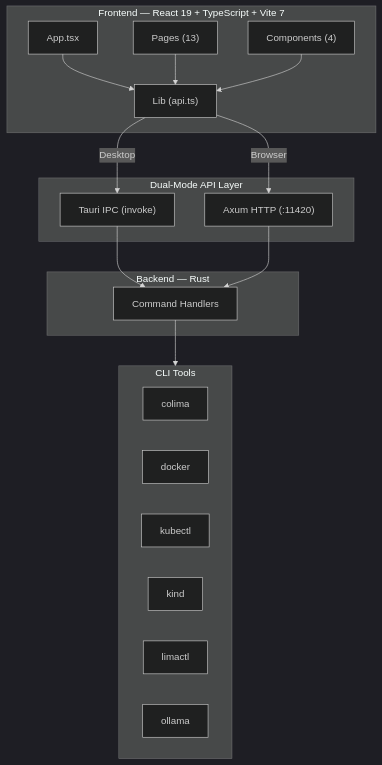
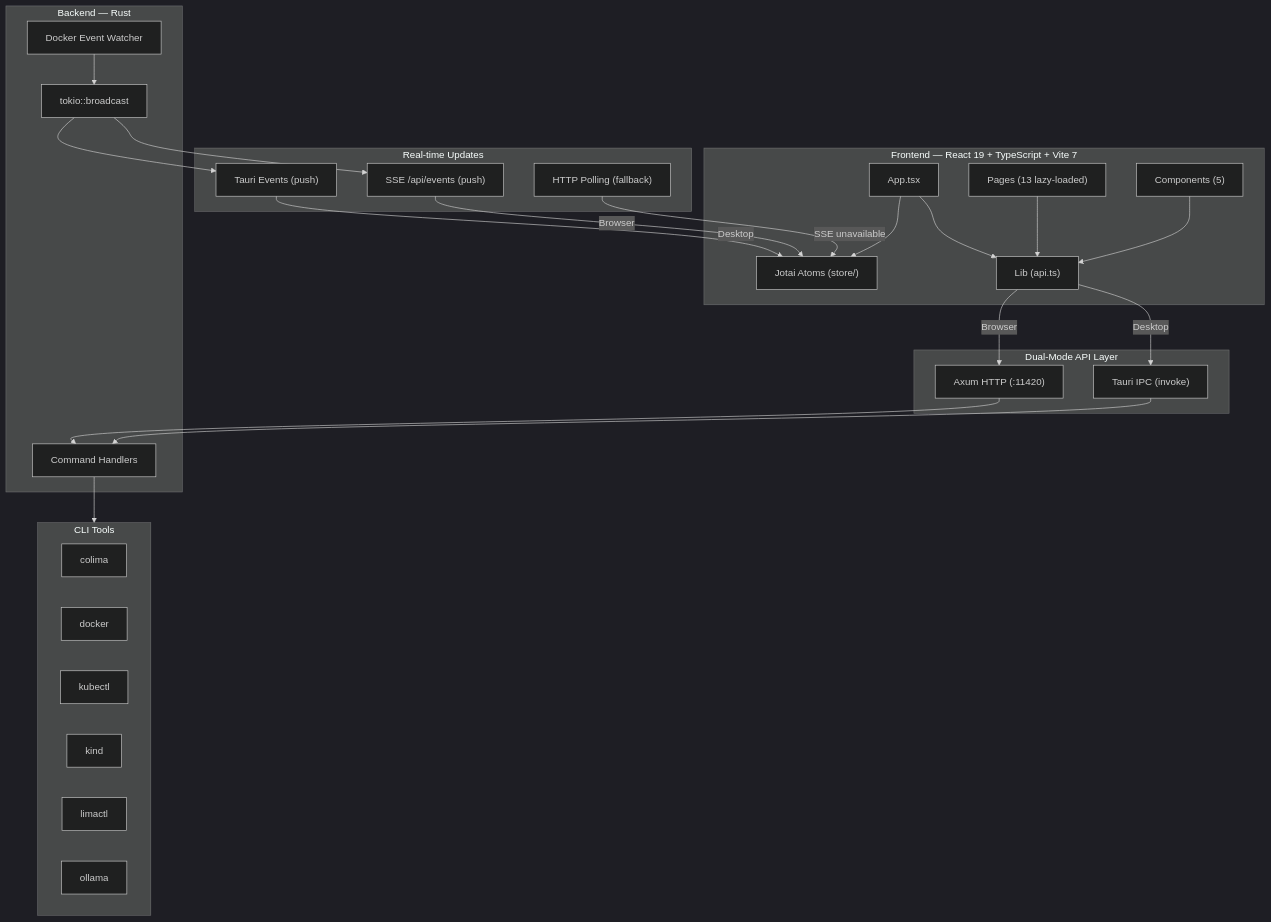
Before and after one commit to vnknowledge2014/colima-ui: the diagram in README.md, drawn with Mermaid (dark theme). The commit also changed other lines of this file and 22 other files, not shown here.

````diff
--- a/README.md
+++ b/README.md
@@ -75,37 +77,54 @@
 ```mermaid
 graph TD
     subgraph Frontend["Frontend — React 19 + TypeScript + Vite 7"]
         APP["App.tsx"]
-        PAGES["Pages (13)"]
+        PAGES["Pages (13 lazy-loaded)"]
+        STORE["Jotai Atoms (store/)"]
         LIB["Lib (api.ts)"]
-        COMP["Components (4)"]
+        COMP["Components (5)"]
     end
 
     APP & PAGES & COMP --> LIB
+    APP --> STORE
 
     subgraph API["Dual-Mode API Layer"]
         TAURI_IPC["Tauri IPC (invoke)"]
         HTTP["Axum HTTP (:11420)"]
     end
 
     LIB -->|"Desktop"| TAURI_IPC
     LIB -->|"Browser"| HTTP
 
+    subgraph Events["Real-time Updates"]
+        TAURI_EVT["Tauri Events (push)"]
+        SSE["SSE /api/events (push)"]
+        POLL["HTTP Polling (fallback)"]
+    end
+
+    TAURI_EVT -->|"Desktop"| STORE
+    SSE -->|"Browser"| STORE
+    POLL -->|"SSE unavailable"| STORE
+
     subgraph Backend["Backend — Rust"]
         CMD["Command Handlers"]
+        BROADCAST["tokio::broadcast"]
+        WATCHER["Docker Event Watcher"]
     end
 
     TAURI_IPC --> CMD
     HTTP --> CMD
+    WATCHER --> BROADCAST
+    BROADCAST --> SSE
+    BROADCAST --> TAURI_EVT
 
     subgraph CLI["CLI Tools"]
         COLIMA["colima"]
         DOCKER["docker"]
         KUBECTL["kubectl"]
         KIND["kind"]
         LIMACTL["limactl"]
         OLLAMA["ollama"]
     end
 
     CMD --> CLI
 ```
````
